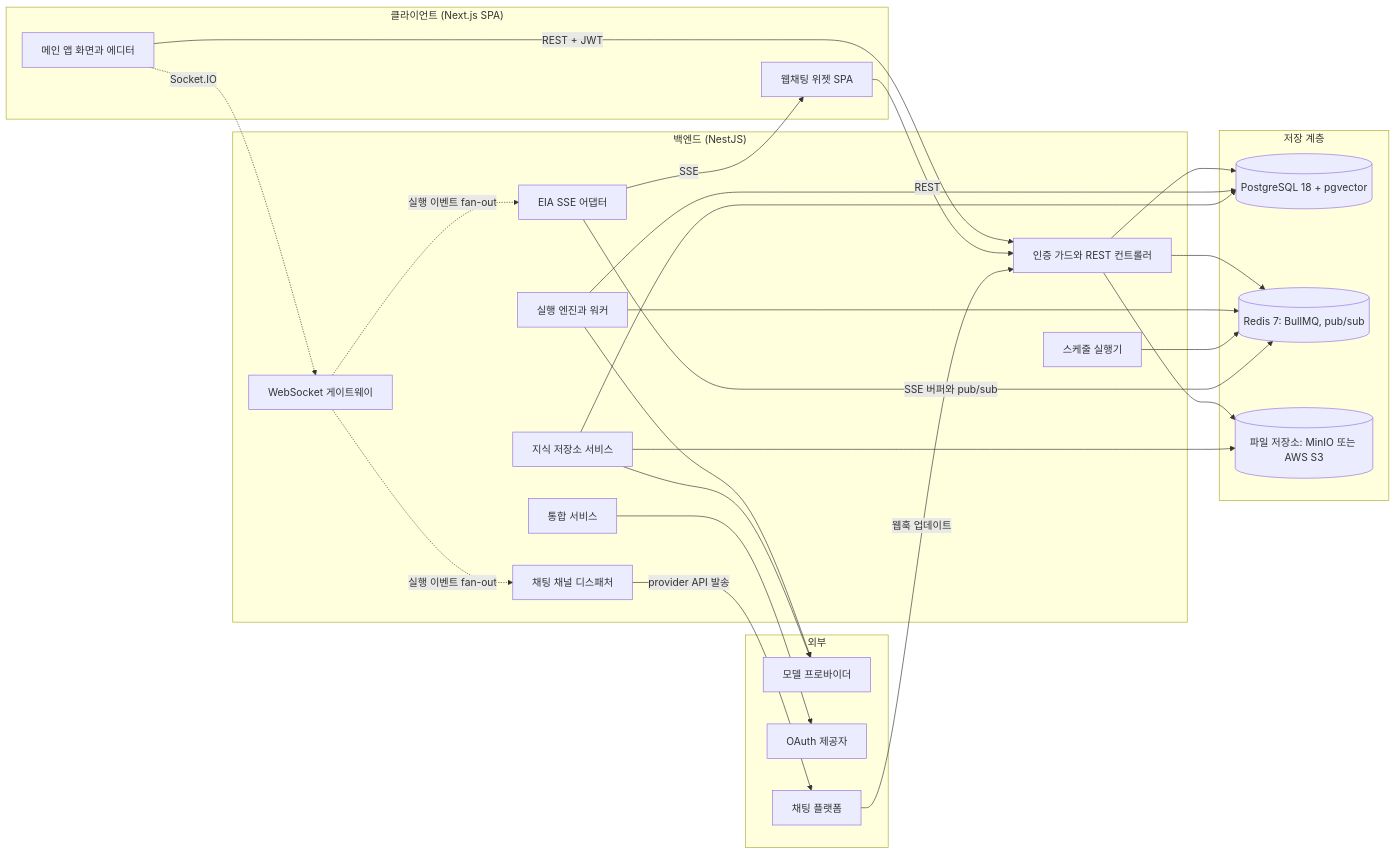
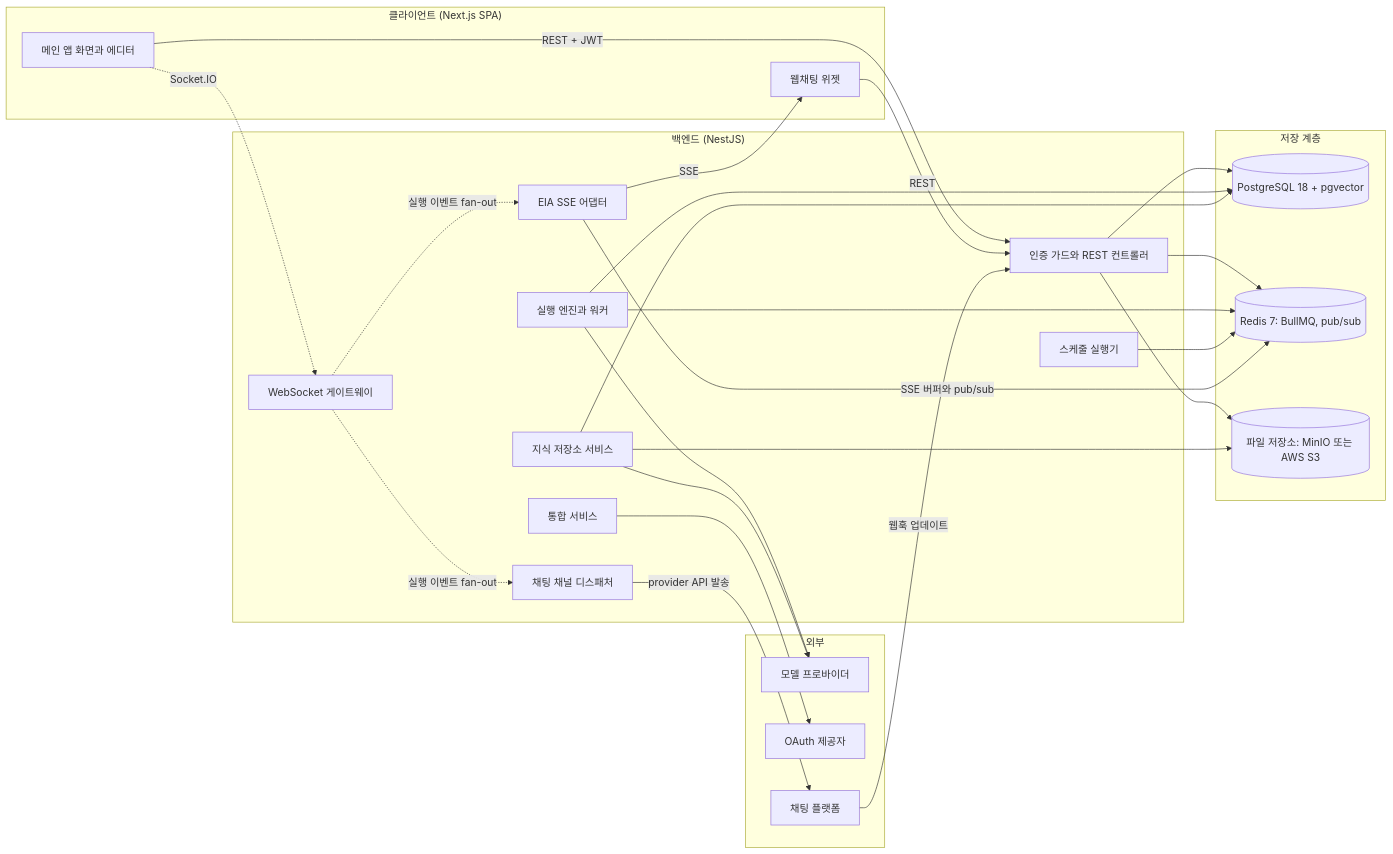
The diagram in spec/CLE-PLAT/CLE-PLAT-ARCH.md (worker-ants/clemvion), drawn with Mermaid before and after one commit. The commit also changed other lines of this file and 29 other files, not shown here.

````diff
--- a/spec/CLE-PLAT/CLE-PLAT-ARCH.md
+++ b/spec/CLE-PLAT/CLE-PLAT-ARCH.md
@@ -41,47 +41,47 @@
 ```mermaid
 flowchart LR
   subgraph Client["클라이언트 (Next.js SPA)"]
     UI["메인 앱 화면과 에디터"]
-    WIDGET["웹채팅 위젯 SPA"]
+    WIDGET["웹채팅 위젯"]
   end
   subgraph Backend["백엔드 (NestJS)"]
     GW["인증 가드와 REST 컨트롤러"]
     WS["WebSocket 게이트웨이"]
     ENGINE["실행 엔진과 워커"]
     KBS["지식 저장소 서비스"]
     INTEG["통합 서비스"]
     SCHED["스케줄 실행기"]
     CHCH["채팅 채널 디스패처"]
     EIA["EIA SSE 어댑터"]
   end
   subgraph Storage["저장 계층"]
     PG[("PostgreSQL 18 + pgvector")]
     REDIS[("Redis 7: BullMQ, pub/sub")]
     S3[("파일 저장소: MinIO 또는 AWS S3")]
   end
   subgraph External["외부"]
     LLM["모델 프로바이더"]
     OAUTH["OAuth 제공자"]
     CHATP["채팅 플랫폼"]
   end
   UI -->|REST + JWT| GW
   UI -.->|Socket.IO| WS
   WIDGET -->|REST| GW
   EIA -->|SSE| WIDGET
   CHATP -->|웹훅 업데이트| GW
   CHCH -->|provider API 발송| CHATP
   GW --> PG
   GW --> REDIS
   GW --> S3
   ENGINE --> PG
   ENGINE --> REDIS
   ENGINE --> LLM
   KBS --> PG
   KBS --> S3
   KBS --> LLM
   INTEG --> OAUTH
   SCHED --> REDIS
   EIA -->|SSE 버퍼와 pub/sub| REDIS
   WS -.->|실행 이벤트 fan-out| CHCH
   WS -.->|실행 이벤트 fan-out| EIA
 ```
````
